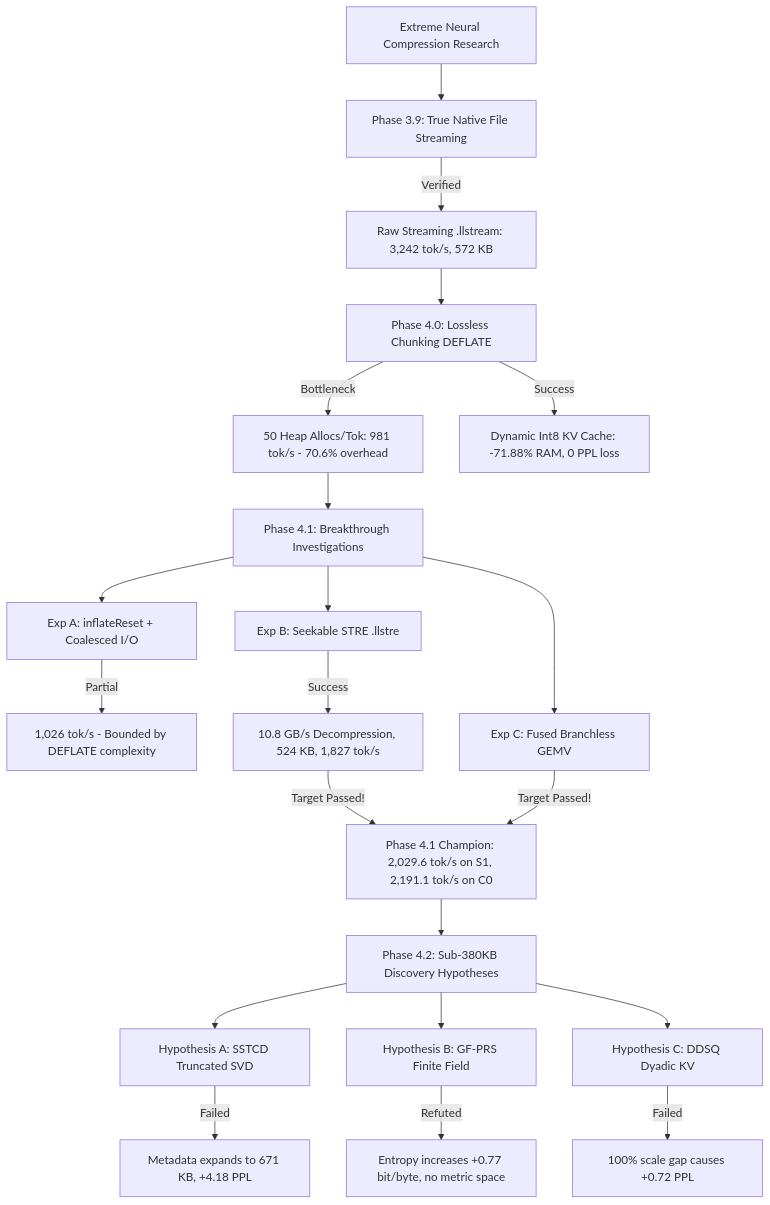
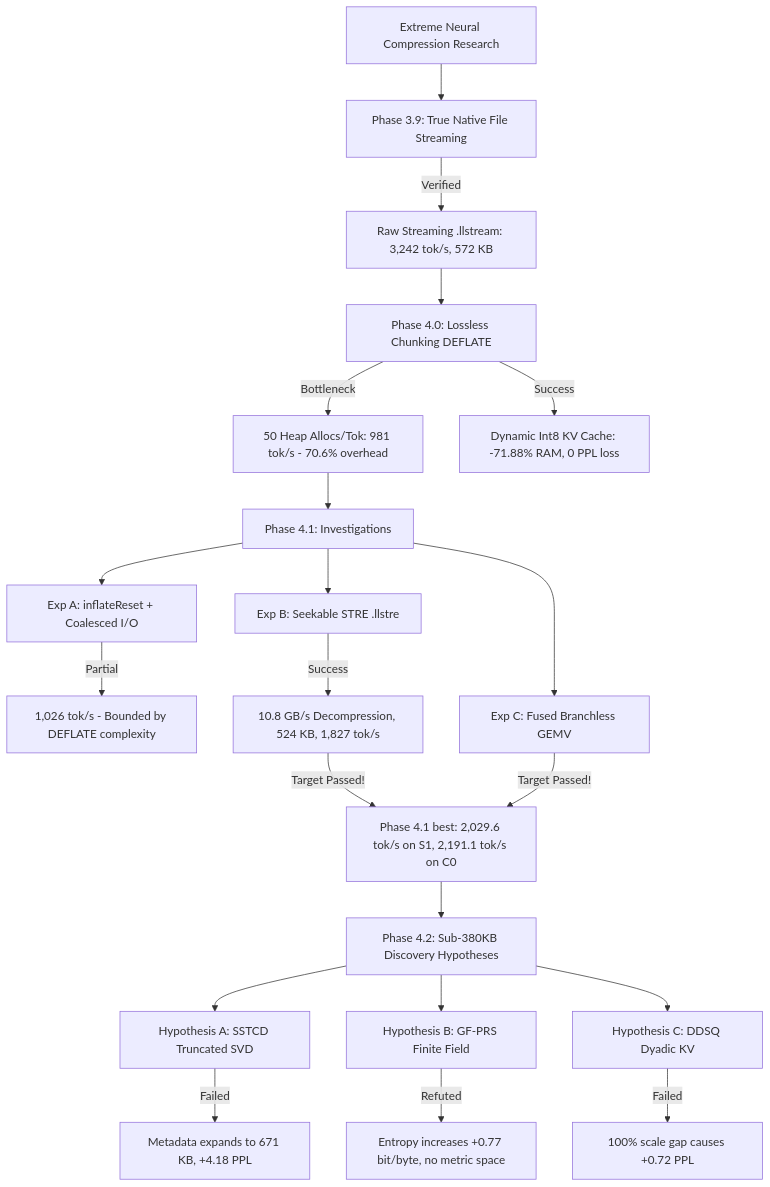
Before and after one commit to sunny-kavixo/LittleLess-AI: the third of 3 diagrams in README.md, drawn with Mermaid. The commit also changed other lines of this file, not shown here.

````diff
--- a/README.md
+++ b/README.md
@@ -161,29 +161,29 @@
 ```mermaid
 graph TD
     A[Extreme Neural Compression Research] --> B[Phase 3.9: True Native File Streaming]
     B -->|Verified| C[Raw Streaming .llstream: 3,242 tok/s, 572 KB]
     
     C --> D[Phase 4.0: Lossless Chunking DEFLATE]
     D -->|Bottleneck| D1[50 Heap Allocs/Tok: 981 tok/s - 70.6% overhead]
     D -->|Success| D2[Dynamic Int8 KV Cache: -71.88% RAM, 0 PPL loss]
 
-    D1 --> E[Phase 4.1: Breakthrough Investigations]
+    D1 --> E[Phase 4.1: Investigations]
     E --> E1[Exp A: inflateReset + Coalesced I/O]
     E1 -->|Partial| E1_Res[1,026 tok/s - Bounded by DEFLATE complexity]
     
     E --> E2[Exp B: Seekable STRE .llstre]
     E2 -->|Success| E2_Res[10.8 GB/s Decompression, 524 KB, 1,827 tok/s]
 
     E --> E3[Exp C: Fused Branchless GEMV]
-    E2_Res & E3 -->|Target Passed!| F[Phase 4.1 Champion: 2,029.6 tok/s on S1, 2,191.1 tok/s on C0]
+    E2_Res & E3 -->|Target Passed!| F[Phase 4.1 best: 2,029.6 tok/s on S1, 2,191.1 tok/s on C0]
 
     F --> G[Phase 4.2: Sub-380KB Discovery Hypotheses]
     G --> H1[Hypothesis A: SSTCD Truncated SVD]
     H1 -->|Failed| H1_Fail[Metadata expands to 671 KB, +4.18 PPL]
 
     G --> H2[Hypothesis B: GF-PRS Finite Field]
     H2 -->|Refuted| H2_Fail[Entropy increases +0.77 bit/byte, no metric space]
 
     G --> H3[Hypothesis C: DDSQ Dyadic KV]
     H3 -->|Failed| H3_Fail[100% scale gap causes +0.72 PPL]
 ```
````
